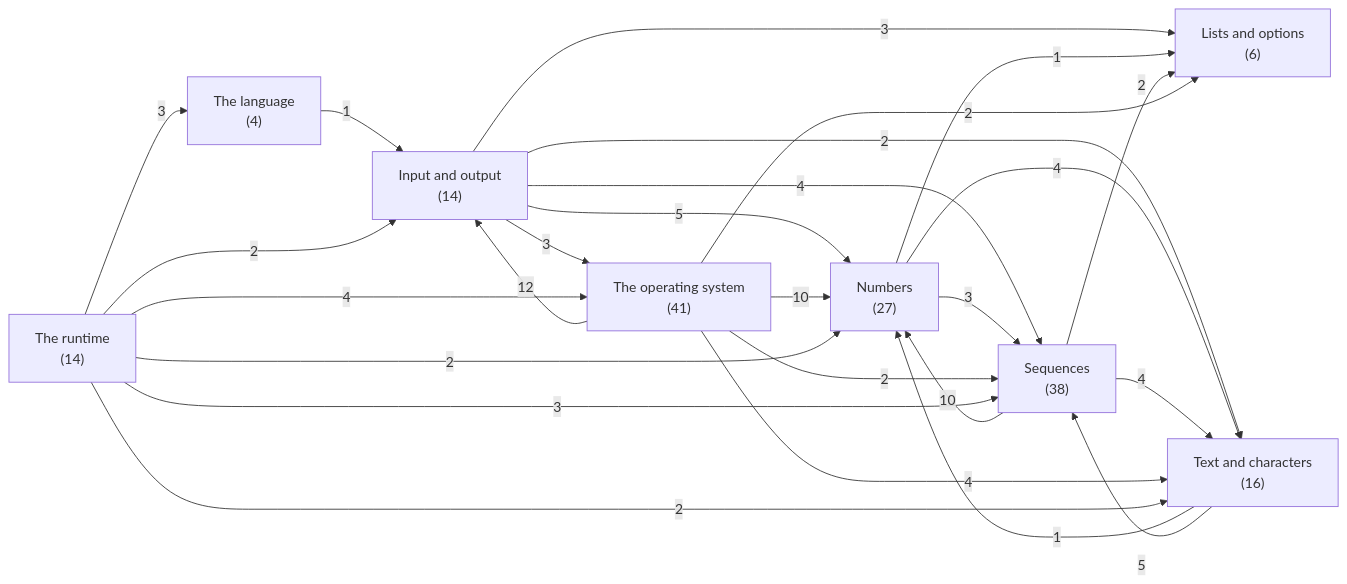
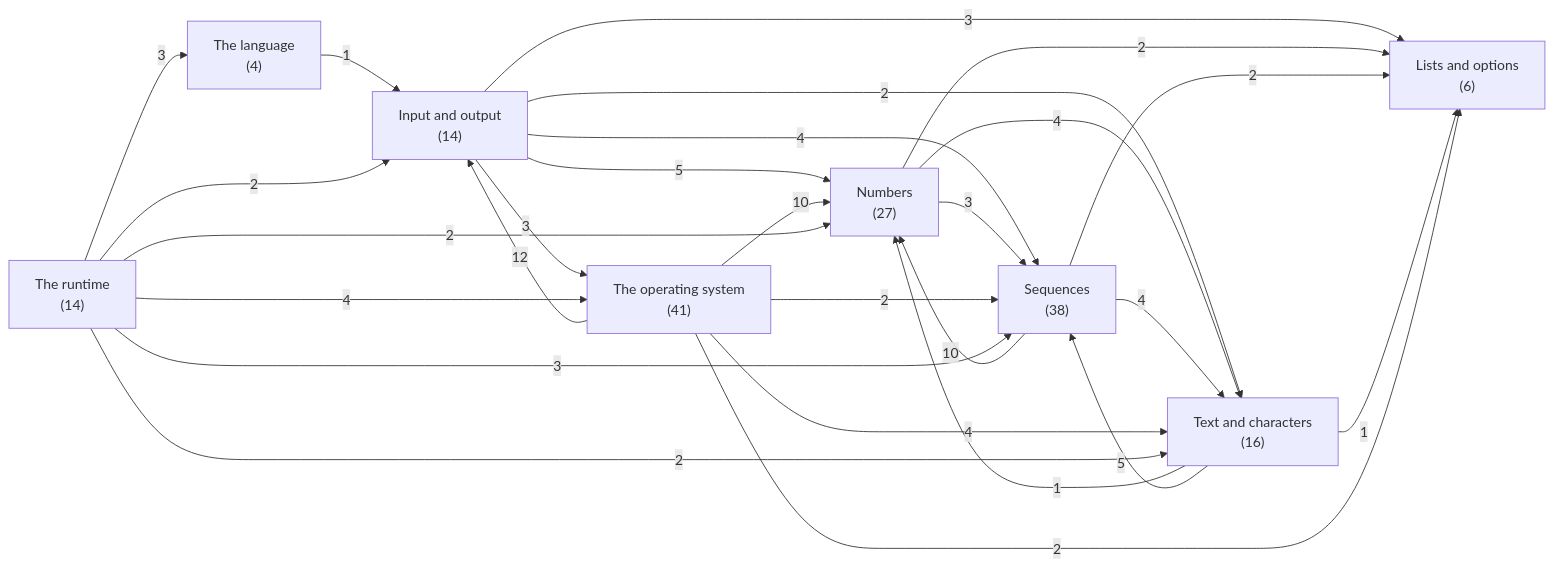
One commit to ruudkoot/rune changed the first of 9 diagrams in docs/generated/basis/depends.md. Above: the diagram before and after it, drawn with Mermaid. The commit also changed other lines of this file and 22 other files, not shown here.

````diff
--- a/docs/generated/basis/depends.md
+++ b/docs/generated/basis/depends.md
@@ -24,36 +24,37 @@
 ```mermaid
 flowchart LR
   a0["The language<br>(4)"]
   a1["Text and characters<br>(16)"]
   a2["Lists and options<br>(6)"]
   a3["Numbers<br>(27)"]
   a4["Sequences<br>(38)"]
   a5["The operating system<br>(41)"]
   a6["Input and output<br>(14)"]
   a7["The runtime<br>(14)"]
   a6 -- 3 --> a2
   a6 -- 5 --> a3
   a6 -- 4 --> a4
   a6 -- 2 --> a1
   a6 -- 3 --> a5
-  a3 -- 1 --> a2
+  a3 -- 2 --> a2
   a3 -- 3 --> a4
   a3 -- 4 --> a1
   a4 -- 2 --> a2
   a4 -- 10 --> a3
   a4 -- 4 --> a1
+  a1 -- 1 --> a2
   a1 -- 1 --> a3
   a1 -- 5 --> a4
   a0 -- 1 --> a6
   a5 -- 12 --> a6
   a5 -- 2 --> a2
   a5 -- 10 --> a3
   a5 -- 2 --> a4
   a5 -- 4 --> a1
   a7 -- 2 --> a6
   a7 -- 2 --> a3
   a7 -- 3 --> a4
   a7 -- 2 --> a1
   a7 -- 3 --> a0
   a7 -- 4 --> a5
 ```
````
